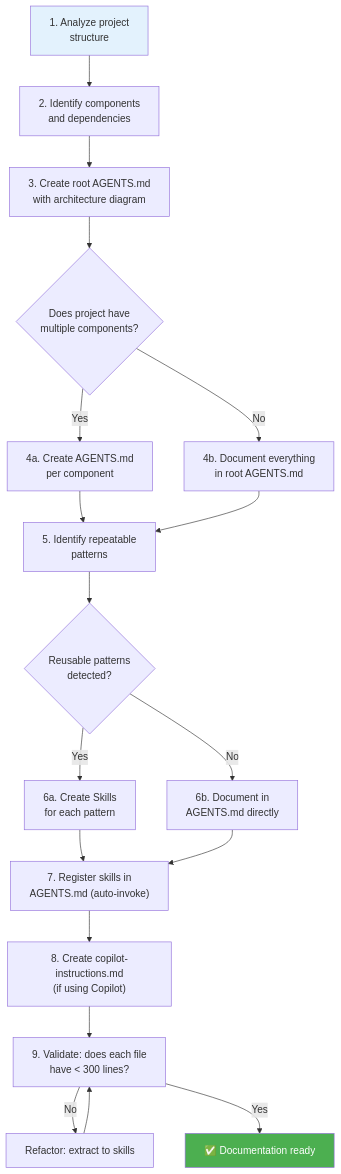
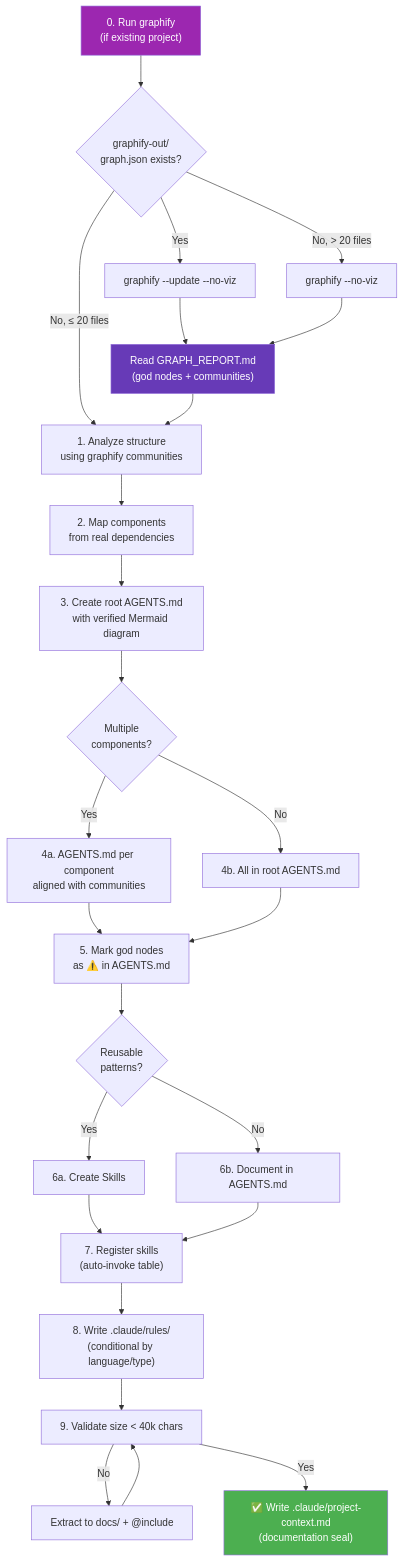
The eighth of 8 diagrams in skills/arquitec-dev-ia/SKILL.md (elisaul77/Orquestacion_Agentes_claude), drawn with Mermaid before and after one commit. The commit also changed other lines of this file and 3 other files, not shown here.

First line of the commit message:
feat(skills): upgrade to v5.0/v8.0 — project-context.md seal + graphify integration

````diff
--- a/skills/arquitec-dev-ia/SKILL.md
+++ b/skills/arquitec-dev-ia/SKILL.md
@@ -568,23 +673,32 @@
 ```mermaid
 flowchart TD
-    A["1. Analyze project\nstructure"] --> B["2. Identify components\nand dependencies"]
-    B --> C["3. Create root AGENTS.md\nwith architecture diagram"]
-    C --> D{"Does project have\nmultiple components?"}
-    D -->|Yes| E["4a. Create AGENTS.md\nper component"]
-    D -->|No| F["4b. Document everything\nin root AGENTS.md"]
-    E --> G["5. Identify repeatable\npatterns"]
-    F --> G
-    G --> H{"Reusable patterns\ndetected?"}
-    H -->|Yes| I["6a. Create Skills\nfor each pattern"]
-    H -->|No| J["6b. Document in\nAGENTS.md directly"]
-    I --> K["7. Register skills in\nAGENTS.md (auto-invoke)"]
+    G0["0. Run graphify\n(if existing project)"] --> G1{"graphify-out/\ngraph.json exists?"}
+    G1 -->|"Yes"| G2["graphify --update --no-viz"]
+    G1 -->|"No, > 20 files"| G3["graphify --no-viz"]
+    G1 -->|"No, ≤ 20 files"| A
+    G2 --> GR["Read GRAPH_REPORT.md\n(god nodes + communities)"]
+    G3 --> GR
+    GR --> A
+
+    A["1. Analyze structure\nusing graphify communities"] --> B["2. Map components\nfrom real dependencies"]
+    B --> C["3. Create root AGENTS.md\nwith verified Mermaid diagram"]
+    C --> D{"Multiple\ncomponents?"}
+    D -->|Yes| E["4a. AGENTS.md per component\naligned with communities"]
+    D -->|No| F["4b. All in root AGENTS.md"]
+    E --> GG["5. Mark god nodes\nas ⚠️ in AGENTS.md"]
+    F --> GG
+    GG --> H{"Reusable\npatterns?"}
+    H -->|Yes| I["6a. Create Skills"]
+    H -->|No| J["6b. Document in AGENTS.md"]
+    I --> K["7. Register skills\n(auto-invoke table)"]
     J --> K
-    K --> L["8. Create copilot-instructions.md\n(if using Copilot)"]
-    L --> M["9. Validate: does each file\nhave < 300 lines?"]
-    M -->|No| N["Refactor: extract to skills"]
-    M -->|Yes| O["✅ Documentation ready"]
+    K --> L["8. Write .claude/rules/\n(conditional by language/type)"]
+    L --> M["9. Validate size < 40k chars"]
+    M -->|No| N["Extract to docs/ + @include"]
+    M -->|Yes| SEAL["✅ Write .claude/project-context.md\n(documentation seal)"]
     N --> M
 
-    style A fill:#e3f2fd
-    style O fill:#4caf50,color:#fff
+    style G0 fill:#9c27b0,color:#fff
+    style SEAL fill:#4caf50,color:#fff
+    style GR fill:#673ab7,color:#fff
 ```
````
